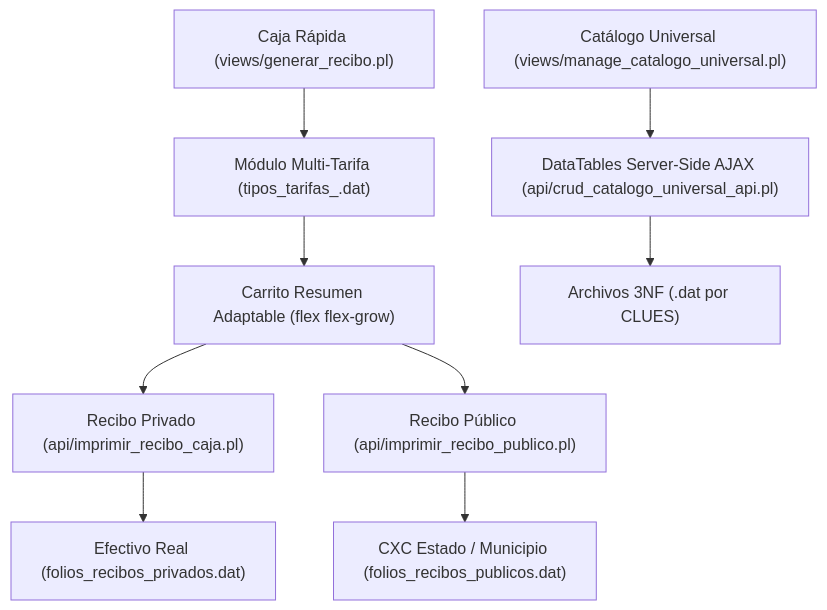
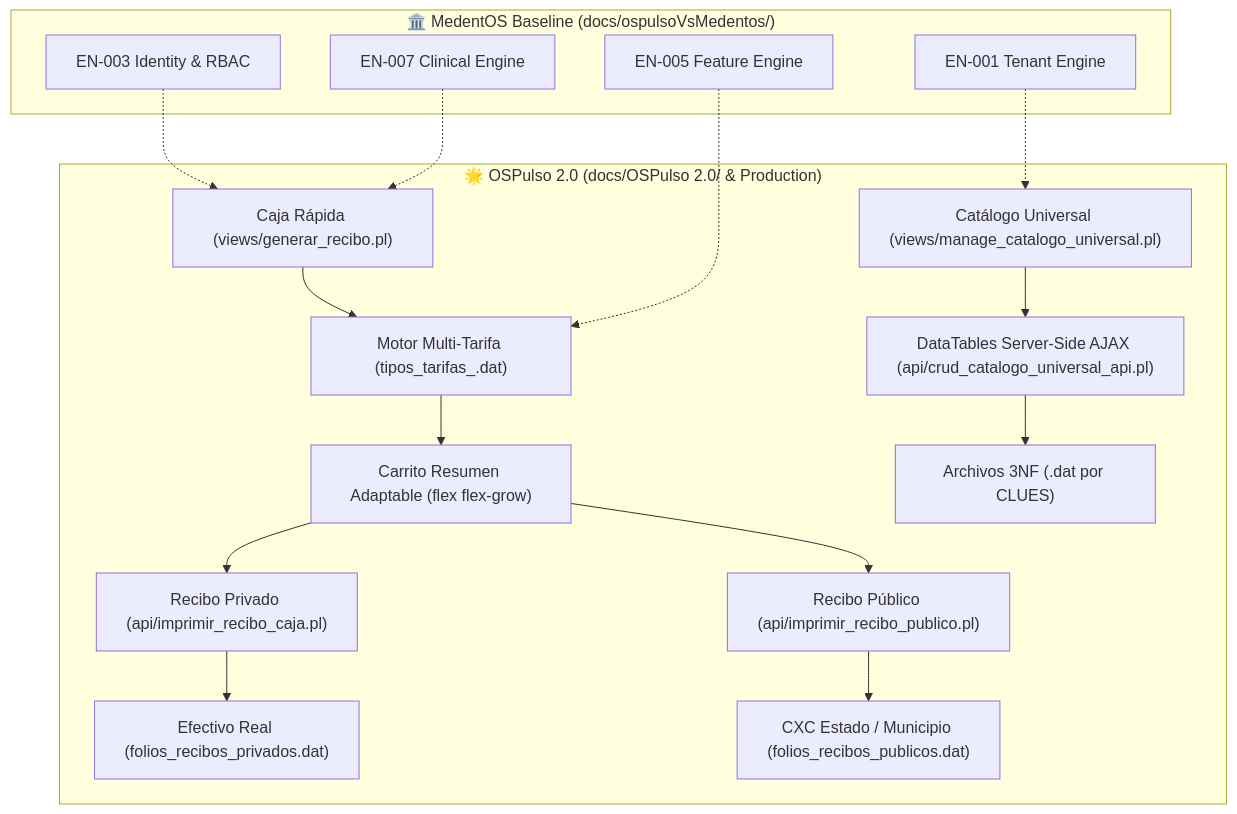
The diagram in docs/documentacion_maestra.md (geisabpagit-bit/ospulso), drawn with Mermaid before and after one commit. The commit also changed other lines of this file and 3 other files, not shown here.

Commit message:
docs: vincular rama de arquitectura baseline MedentOS en documentacion maestra

````diff
--- a/docs/documentacion_maestra.md
+++ b/docs/documentacion_maestra.md
@@ -43,13 +48,27 @@
 ```mermaid
 graph TD
-    Sub1["Caja Rápida (views/generar_recibo.pl)"] --> MultiTarifa["Módulo Multi-Tarifa (tipos_tarifas_<CLUES>.dat)"]
-    MultiTarifa --> Cart["Carrito Resumen Adaptable (flex flex-grow)"]
-    Cart --> ReciboPriv["Recibo Privado (api/imprimir_recibo_caja.pl)"]
-    Cart --> ReciboPub["Recibo Público (api/imprimir_recibo_publico.pl)"]
-    
-    Sub2["Catálogo Universal (views/manage_catalogo_universal.pl)"] --> ServerSide["DataTables Server-Side AJAX (api/crud_catalogo_universal_api.pl)"]
-    ServerSide --> DATFiles["Archivos 3NF (.dat por CLUES)"]
-    
-    ReciboPriv --> CashFlow["Efectivo Real (folios_recibos_privados.dat)"]
-    ReciboPub --> CXCFlow["CXC Estado / Municipio (folios_recibos_publicos.dat)"]
+    subgraph CoreBaseline ["🏛️ MedentOS Baseline (docs/ospulsoVsMedentos/)"]
+        EN001["EN-001 Tenant Engine"]
+        EN003["EN-003 Identity & RBAC"]
+        EN005["EN-005 Feature Engine"]
+        EN007["EN-007 Clinical Engine"]
+    end
+
+    subgraph OSPulsoProd ["🌟 OSPulso 2.0 (docs/OSPulso 2.0/ & Production)"]
+        CR["Caja Rápida (views/generar_recibo.pl)"] --> MultiTarifa["Motor Multi-Tarifa (tipos_tarifas_<CLUES>.dat)"]
+        MultiTarifa --> Cart["Carrito Resumen Adaptable (flex flex-grow)"]
+        Cart --> ReciboPriv["Recibo Privado (api/imprimir_recibo_caja.pl)"]
+        Cart --> ReciboPub["Recibo Público (api/imprimir_recibo_publico.pl)"]
+        
+        CU["Catálogo Universal (views/manage_catalogo_universal.pl)"] --> ServerSide["DataTables Server-Side AJAX (api/crud_catalogo_universal_api.pl)"]
+        ServerSide --> DATFiles["Archivos 3NF (.dat por CLUES)"]
+        
+        ReciboPriv --> CashFlow["Efectivo Real (folios_recibos_privados.dat)"]
+        ReciboPub --> CXCFlow["CXC Estado / Municipio (folios_recibos_publicos.dat)"]
+    end
+
+    EN001 -.-> CU
+    EN003 -.-> CR
+    EN005 -.-> MultiTarifa
+    EN007 -.-> CR
 ```
````
